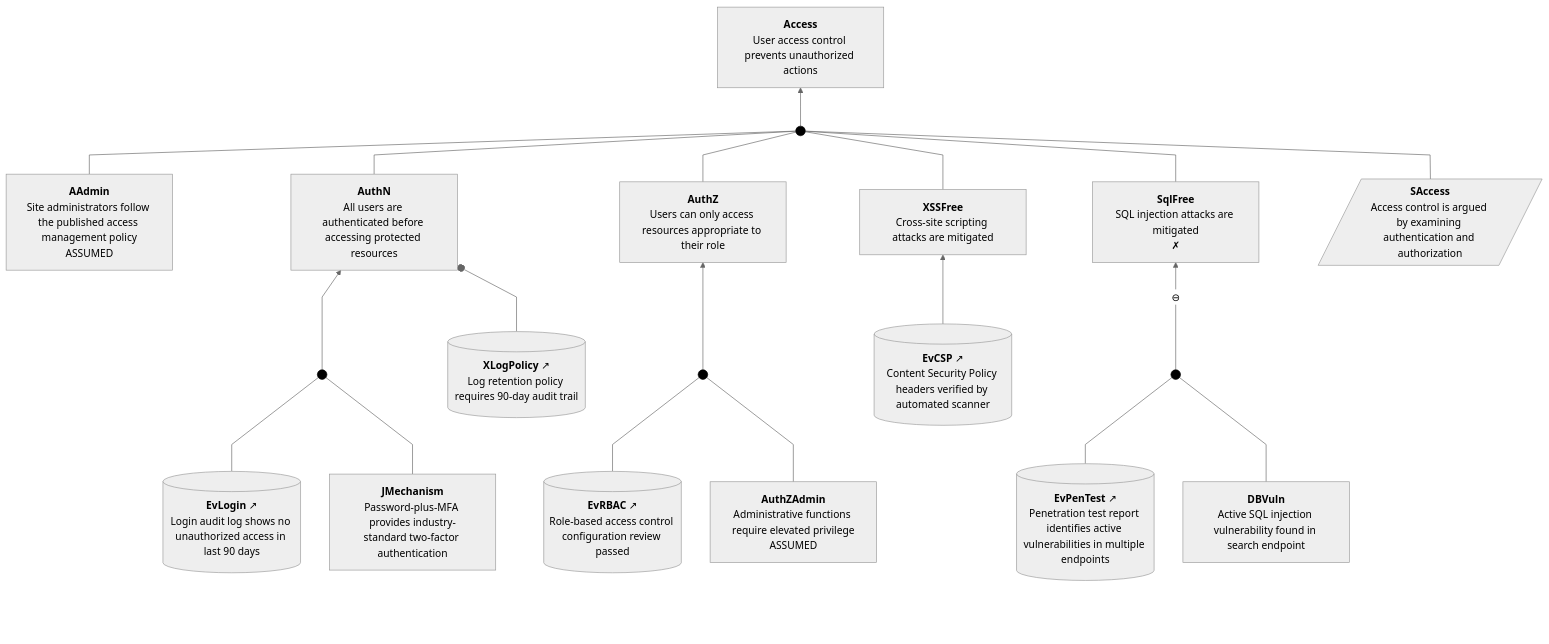
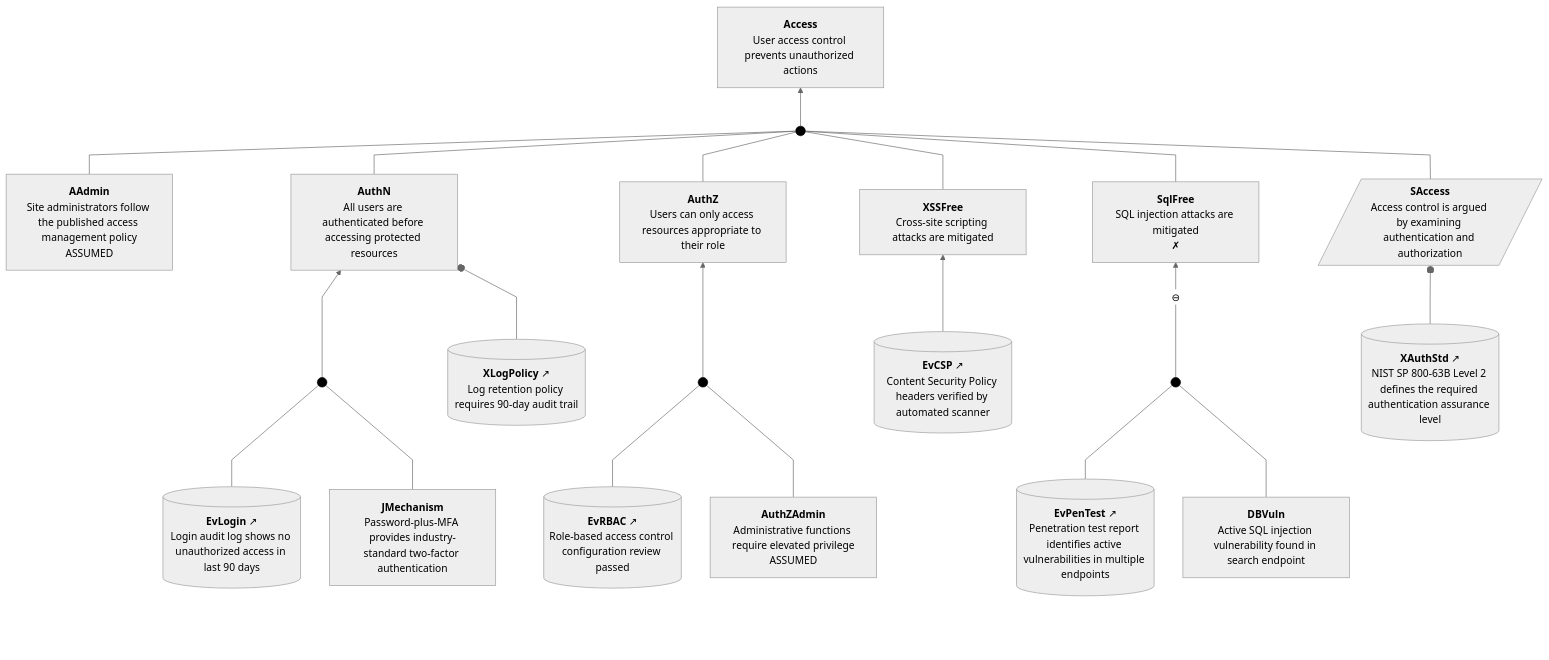
One commit to david-a-wheeler/caseproc changed the second of 12 diagrams in tests/fixtures/demo-output.expected.md. Above: the diagram before and after it, drawn with Mermaid. The commit also changed other lines of this file and 3 other files, not shown here.

````diff
--- a/tests/fixtures/demo-output.expected.md
+++ b/tests/fixtures/demo-output.expected.md
@@ -81,6 +90,7 @@
     Access["<b>Access</b><br>User access control prevents unauthorized actions"]
     AAdmin["<b>AAdmin</b><br>Site administrators follow the published access management policy<br>ASSUMED"]
     SAccess[/"<b>SAccess</b><br>Access control is argued by examining authentication and authorization"/]
+    XAuthStd[("<b>XAuthStd</b>&nbsp;↗<br>NIST SP 800-63B Level 2 defines the required authentication assurance level")]
     AuthN["<b>AuthN</b><br>All users are authenticated before accessing protected resources"]
     AuthZ["<b>AuthZ</b><br>Users can only access resources appropriate to their role"]
     XSSFree["<b>XSSFree</b><br>Cross-site scripting attacks are mitigated"]
@@ -100,6 +110,7 @@
     click Access "https://github.com/david-a-wheeler/verocase/blob/main/tests/fixtures/demo-output.expected.md#claim-access"
     click AAdmin "https://github.com/david-a-wheeler/verocase/blob/main/tests/fixtures/demo-output.expected.md#assumption-aadmin"
     click SAccess "https://github.com/david-a-wheeler/verocase/blob/main/tests/fixtures/demo-output.expected.md#strategy-saccess"
+    click XAuthStd "https://github.com/david-a-wheeler/verocase/blob/main/tests/fixtures/demo-output.expected.md#context-xauthstd"
     click AuthN "https://github.com/david-a-wheeler/verocase/blob/main/tests/fixtures/demo-output.expected.md#claim-authn"
     click AuthZ "https://github.com/david-a-wheeler/verocase/blob/main/tests/fixtures/demo-output.expected.md#claim-authz"
     click XSSFree "https://github.com/david-a-wheeler/verocase/blob/main/tests/fixtures/demo-output.expected.md#claim-xssfree"
@@ -114,7 +125,7 @@
     click DBVuln "https://github.com/david-a-wheeler/verocase/blob/main/tests/fixtures/demo-output.expected.md#claim-dbvuln"
 
     BottomPadding[ ]:::invisible ~~~ AAdmin
-    BottomPadding ~~~ SAccess
+    BottomPadding ~~~ XAuthStd
     BottomPadding ~~~ EvLogin
     BottomPadding ~~~ JMechanism
     BottomPadding ~~~ XLogPolicy
@@ -141,4 +152,5 @@
     SqlFree --- Dot4
     SAccess --- Dot4
     Dot4 --> Access
+    XAuthStd --o SAccess
 ```
````
